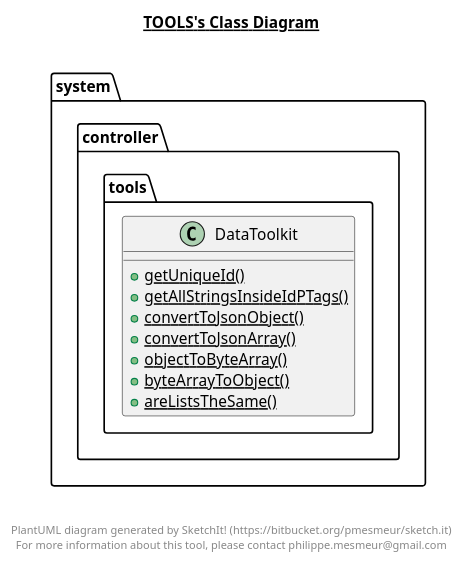
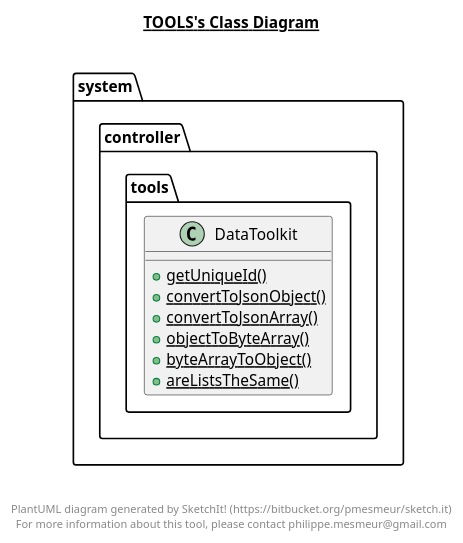
The diagram in src/main/java/system/controller/tools/tools.plantuml (berl-a/DiplomaBackend), drawn with PlantUML before and after one commit. The commit also changed 601 other files, not shown here.

```diff
--- a/src/main/java/system/controller/tools/tools.plantuml
+++ b/src/main/java/system/controller/tools/tools.plantuml
@@ -1,29 +1,28 @@
 @startuml
 
 title __TOOLS's Class Diagram__\n
 
   package system.controller {
     package system.controller.tools {
       class DataToolkit {
           {static} + getUniqueId()
-          {static} + getAllStringsInsideIdPTags()
           {static} + convertToJsonObject()
           {static} + convertToJsonArray()
           {static} + objectToByteArray()
           {static} + byteArrayToObject()
           {static} + areListsTheSame()
       }
     }
   }
   
 
 
 
 right footer
 
 
 PlantUML diagram generated by SketchIt! (https://bitbucket.org/pmesmeur/sketch.it)
 For more information about this tool, please contact philippe.mesmeur@gmail.com
 endfooter
 
 @enduml
```
